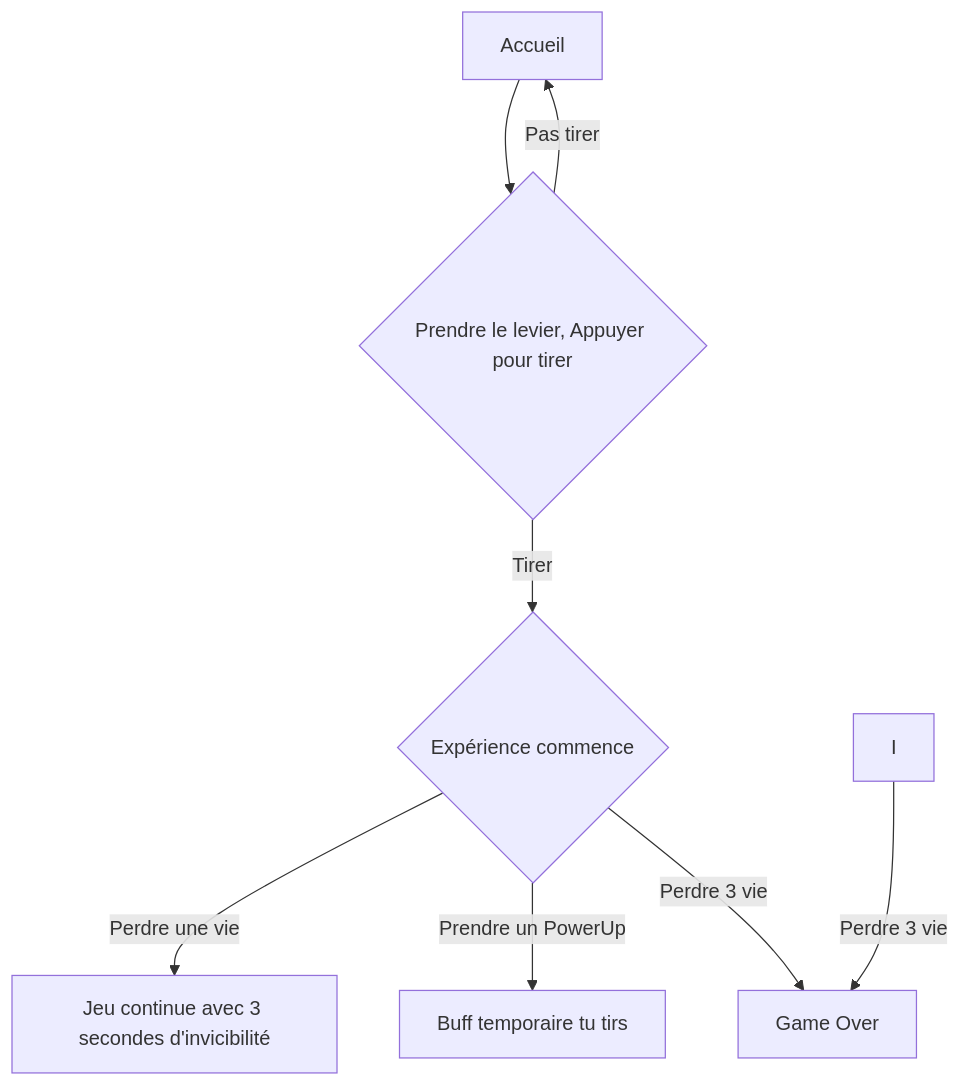
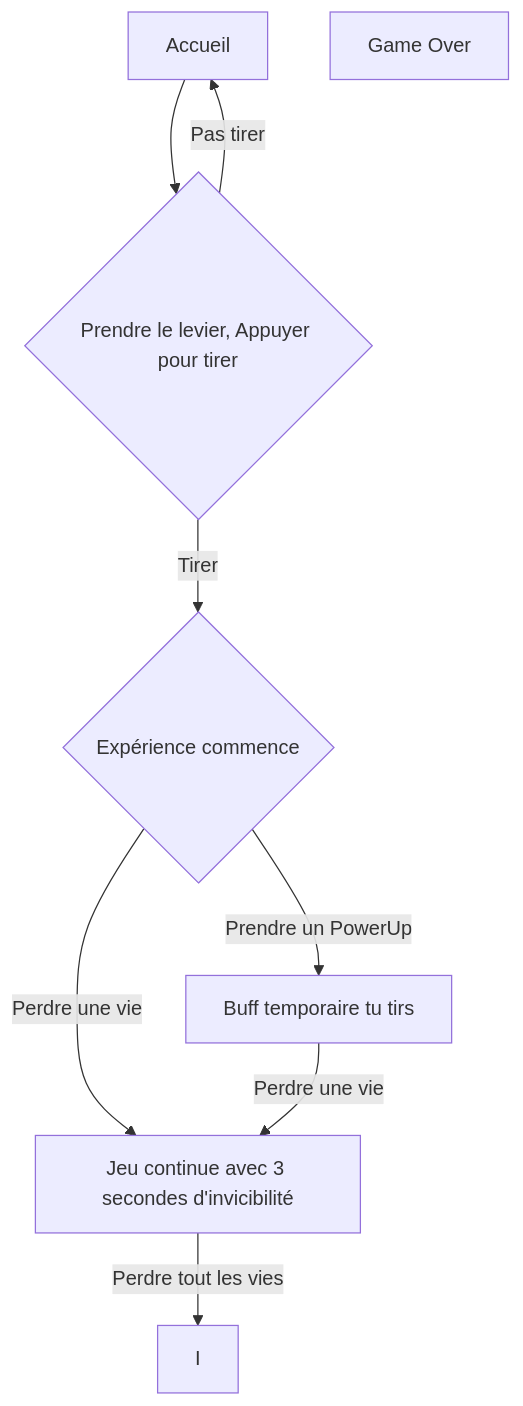
Before and after one commit to IsaacFaf/Fafard_Isaac_scenarisation: the diagram in mermaid/README.md, drawn with Mermaid.

````diff
--- a/mermaid/README.md
+++ b/mermaid/README.md
@@ -4,24 +4,24 @@
 ```mermaid
 graph TD;
     A[Accueil] --> B{Prendre le levier, Appuyer pour tirer};
 
     B -->|Tirer| C;
     B -->|Pas tirer| A;
 
     C{Expérience commence};
 
     C -->|Perdre une vie| E;
     C -->|Prendre un PowerUp| F[Buff temporaire tu tirs];
-    C -->|Perdre 3 vie| H;
 
+    F -->|Perdre une vie| E;
     E[Jeu continue avec 3 secondes d'invicibilité];
 
-    I -->|Perdre 3 vie| H;
+    E -->|Perdre tout les vies| I;
 
 
     H[Game Over];
 
     
 
     
 ```
````
